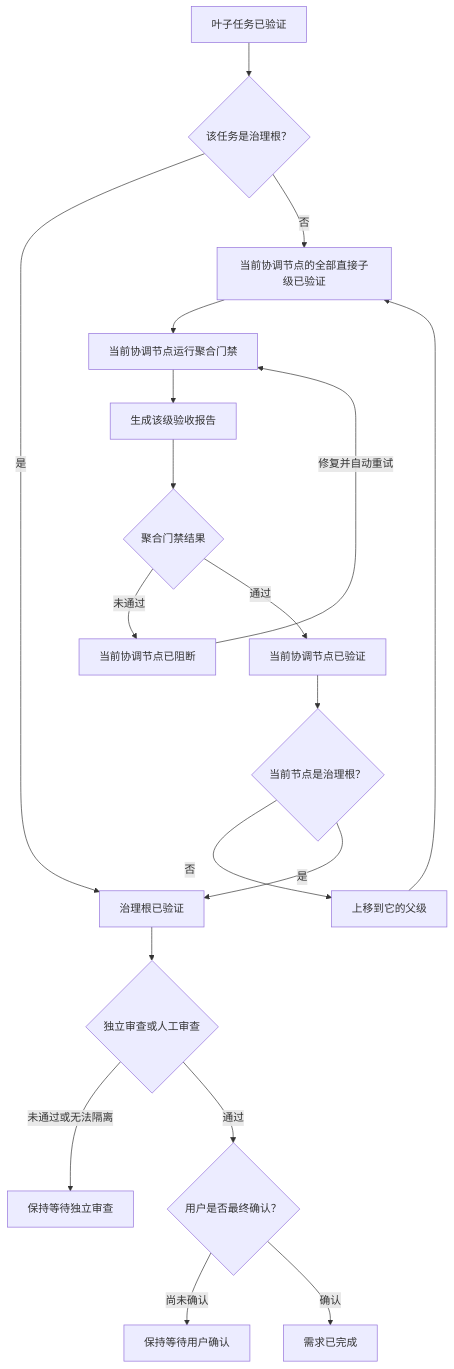
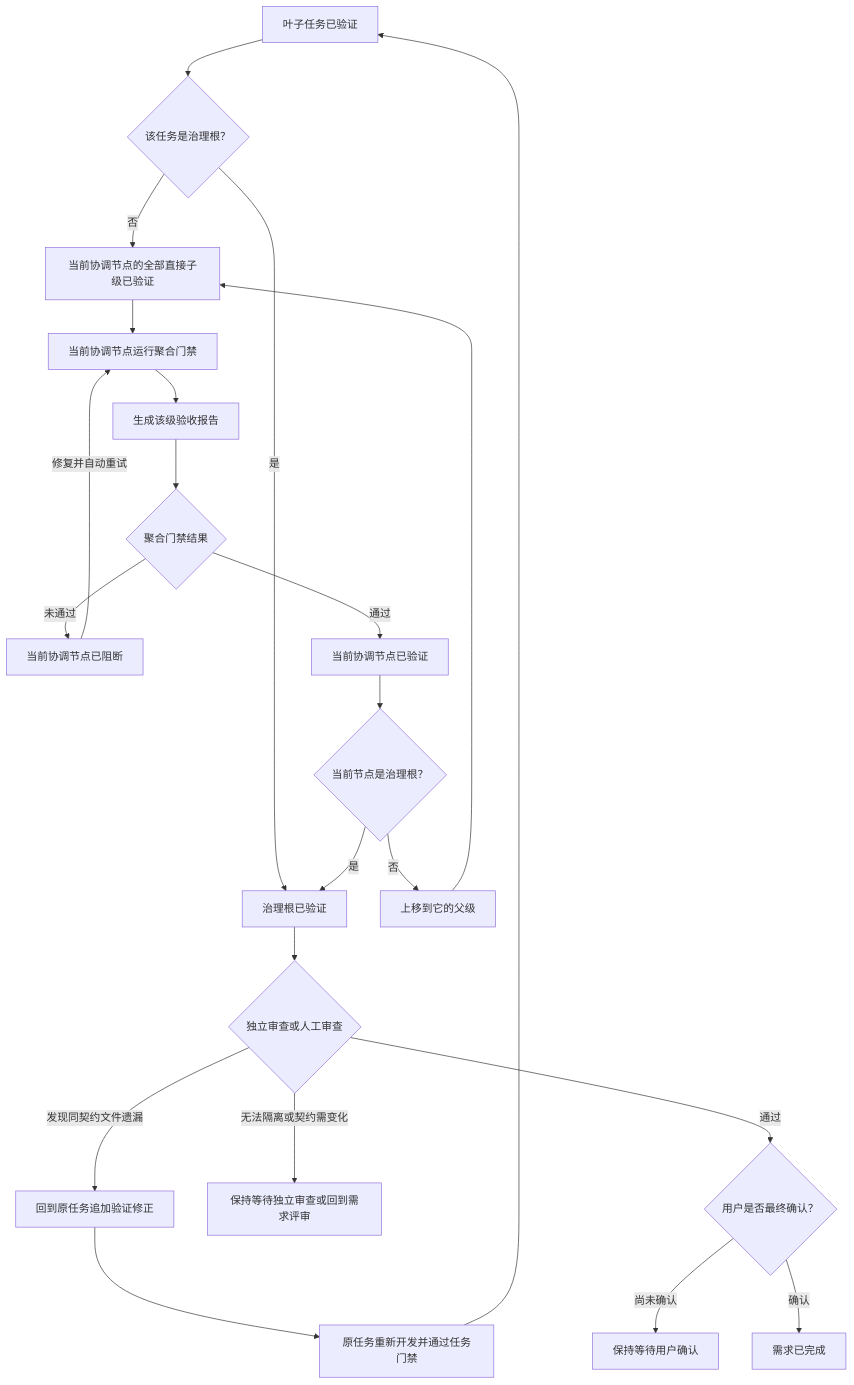
One commit to feng123321li/gated-ai-dev-loop changed the fourth of 4 diagrams in skills/hierarchical-delivery-governance/references/workflow.md. Above: the diagram before and after it, drawn with Mermaid. The commit also changed other lines of this file and 29 other files, not shown here.

````diff
--- a/skills/hierarchical-delivery-governance/references/workflow.md
+++ b/skills/hierarchical-delivery-governance/references/workflow.md
@@ -105,21 +108,24 @@
 ```mermaid
 flowchart TD
     A["叶子任务已验证"] --> B{"该任务是治理根？"}
     B -->|"是"| R["治理根已验证"]
     B -->|"否"| C["当前协调节点的全部直接子级已验证"]
     C --> D["当前协调节点运行聚合门禁"]
     D --> E["生成该级验收报告"]
     E --> F{"聚合门禁结果"}
     F -->|"未通过"| X["当前协调节点已阻断"]
     X -->|"修复并自动重试"| D
     F -->|"通过"| V["当前协调节点已验证"]
     V --> Q{"当前节点是治理根？"}
     Q -->|"否"| P["上移到它的父级"]
     P --> C
     Q -->|"是"| R
     R --> S{"独立审查或人工审查"}
-    S -->|"未通过或无法隔离"| N["保持等待独立审查"]
+    S -->|"发现同契约文件遗漏"| T["回到原任务追加验证修正"]
+    T --> T2["原任务重新开发并通过任务门禁"]
+    T2 --> A
+    S -->|"无法隔离或契约需变化"| N["保持等待独立审查或回到需求评审"]
     S -->|"通过"| U{"用户是否最终确认？"}
     U -->|"尚未确认"| W["保持等待用户确认"]
     U -->|"确认"| Z["需求已完成"]
 ```
````
